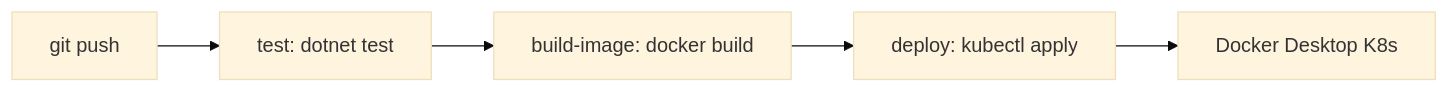
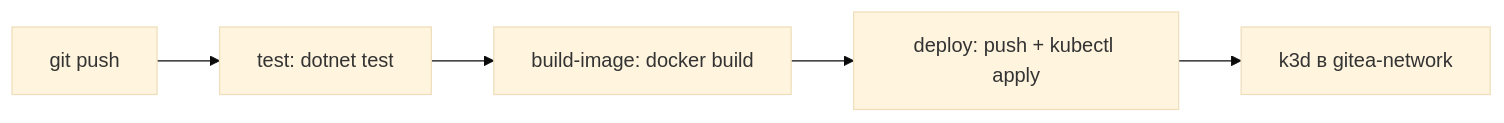
One commit to KRTone/environment changed the diagram in documentation/EnvironmentObsidian/.NET CI-CD.md. Above: the diagram before and after it, drawn with Mermaid (base theme). The commit also changed other lines of this file and 28 other files, not shown here.

````diff
--- a/documentation/EnvironmentObsidian/.NET CI-CD.md
+++ b/documentation/EnvironmentObsidian/.NET CI-CD.md
@@ -39,7 +39,7 @@
 ```mermaid
 flowchart LR
     Push[git push] --> Test[test: dotnet test]
     Test --> Build[build-image: docker build]
-    Build --> Deploy[deploy: kubectl apply]
-    Deploy --> K8s[Docker Desktop K8s]
+    Build --> Deploy[deploy: push + kubectl apply]
+    Deploy --> K8s[k3d в gitea-network]
 ```
````
